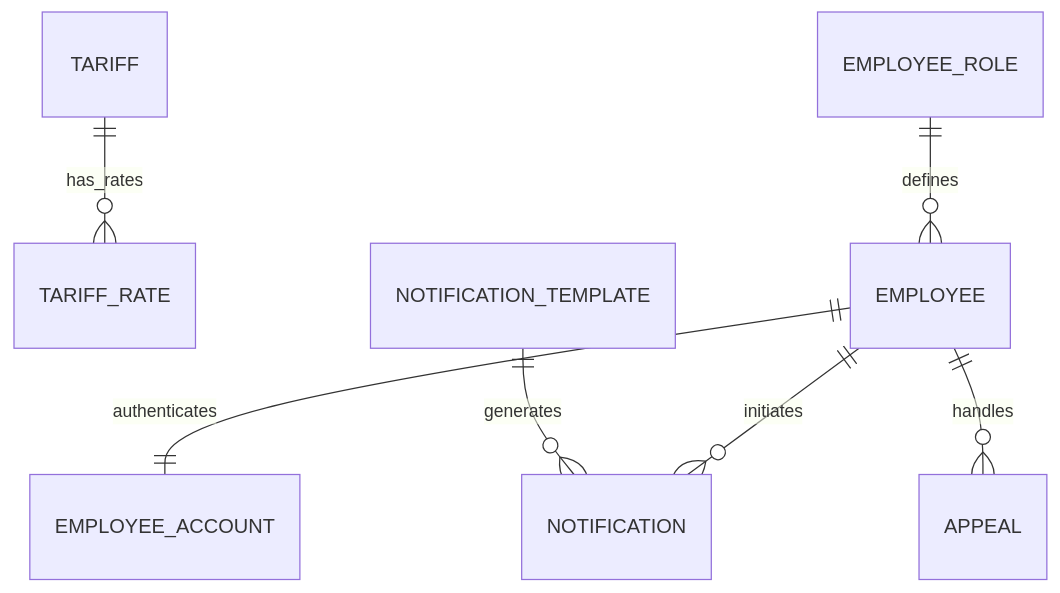
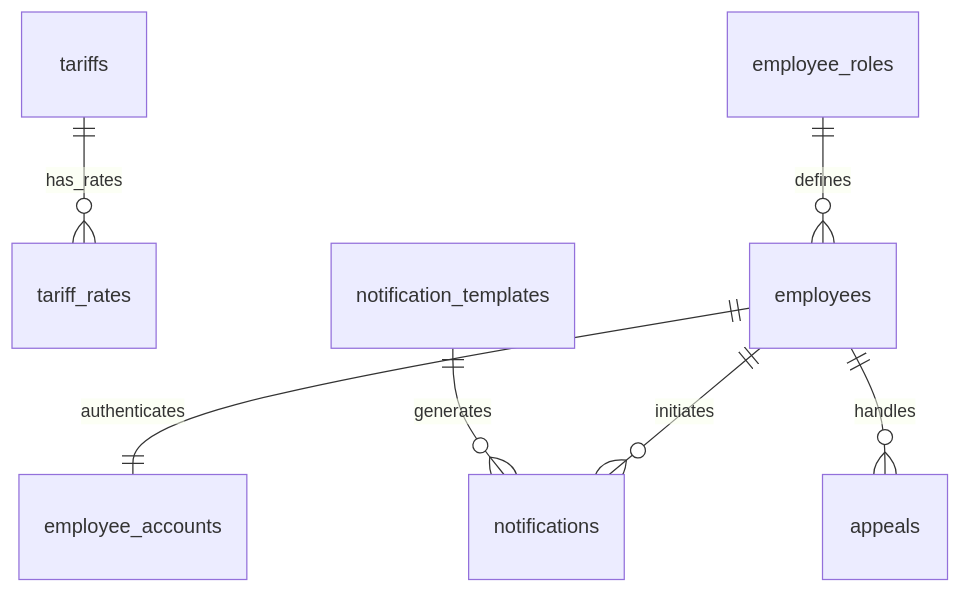
Before and after one commit to CeJIDb/sab-win-26-parking: the diagram in docs/architecture/database/erd/erd-relationships-tariff-employee-notification-appeal.md, drawn with Mermaid. The commit also changed other lines of this file and 5 other files, not shown here.

Commit message:
docs(architecture): обновить архитектурную документацию

````diff
--- a/docs/architecture/database/erd/erd-relationships-tariff-employee-notification-appeal.md
+++ b/docs/architecture/database/erd/erd-relationships-tariff-employee-notification-appeal.md
@@ -229,9 +45,9 @@
 ```mermaid
 erDiagram
-    TARIFF ||--o{ TARIFF_RATE : has_rates
-    EMPLOYEE_ROLE ||--o{ EMPLOYEE : defines
-    EMPLOYEE ||--|| EMPLOYEE_ACCOUNT : authenticates
-    NOTIFICATION_TEMPLATE ||--o{ NOTIFICATION : generates
-    EMPLOYEE ||--o{ NOTIFICATION : initiates
-    EMPLOYEE ||--o{ APPEAL : handles
+    tariffs ||--o{ tariff_rates : has_rates
+    employee_roles ||--o{ employees : defines
+    employees ||--|| employee_accounts : authenticates
+    notification_templates ||--o{ notifications : generates
+    employees ||--o{ notifications : initiates
+    employees ||--o{ appeals : handles
 ```
````
